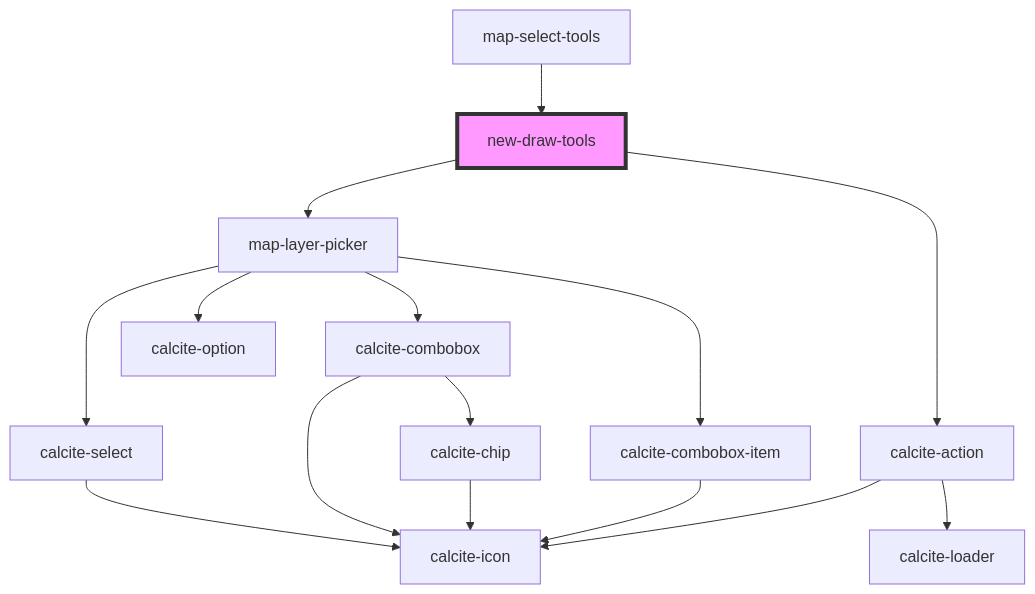
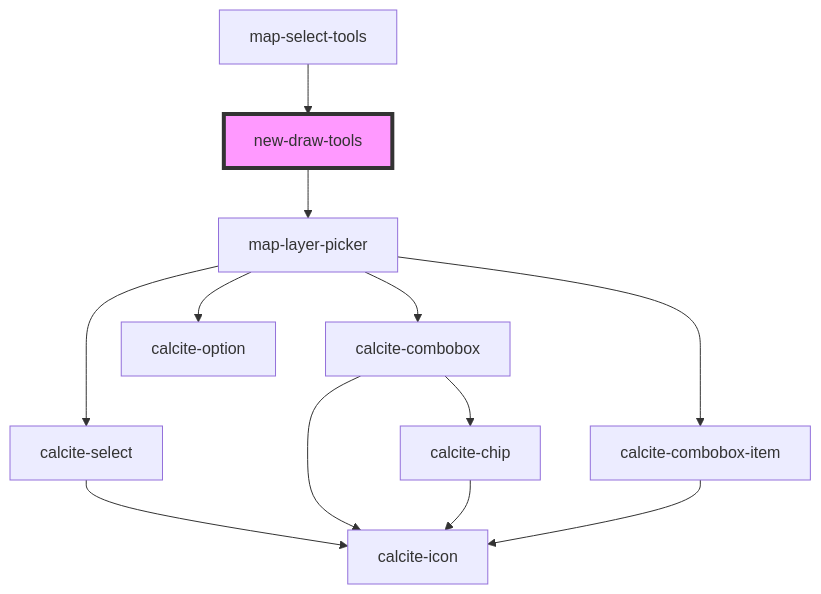
One commit to Esri/solutions-components changed the diagram in src/components/new-draw-tools/readme.md. Above: the diagram before and after it, drawn with Mermaid. The commit also changed other lines of this file and 4 other files, not shown here.

````diff
--- a/src/components/new-draw-tools/readme.md
+++ b/src/components/new-draw-tools/readme.md
@@ -59,18 +58,15 @@
 ```mermaid
 graph TD;
   new-draw-tools --> map-layer-picker
-  new-draw-tools --> calcite-action
   map-layer-picker --> calcite-select
   map-layer-picker --> calcite-combobox
   map-layer-picker --> calcite-combobox-item
   map-layer-picker --> calcite-option
   calcite-select --> calcite-icon
   calcite-combobox --> calcite-chip
   calcite-combobox --> calcite-icon
   calcite-chip --> calcite-icon
   calcite-combobox-item --> calcite-icon
-  calcite-action --> calcite-loader
-  calcite-action --> calcite-icon
   map-select-tools --> new-draw-tools
   style new-draw-tools fill:#f9f,stroke:#333,stroke-width:4px
 ```
````
